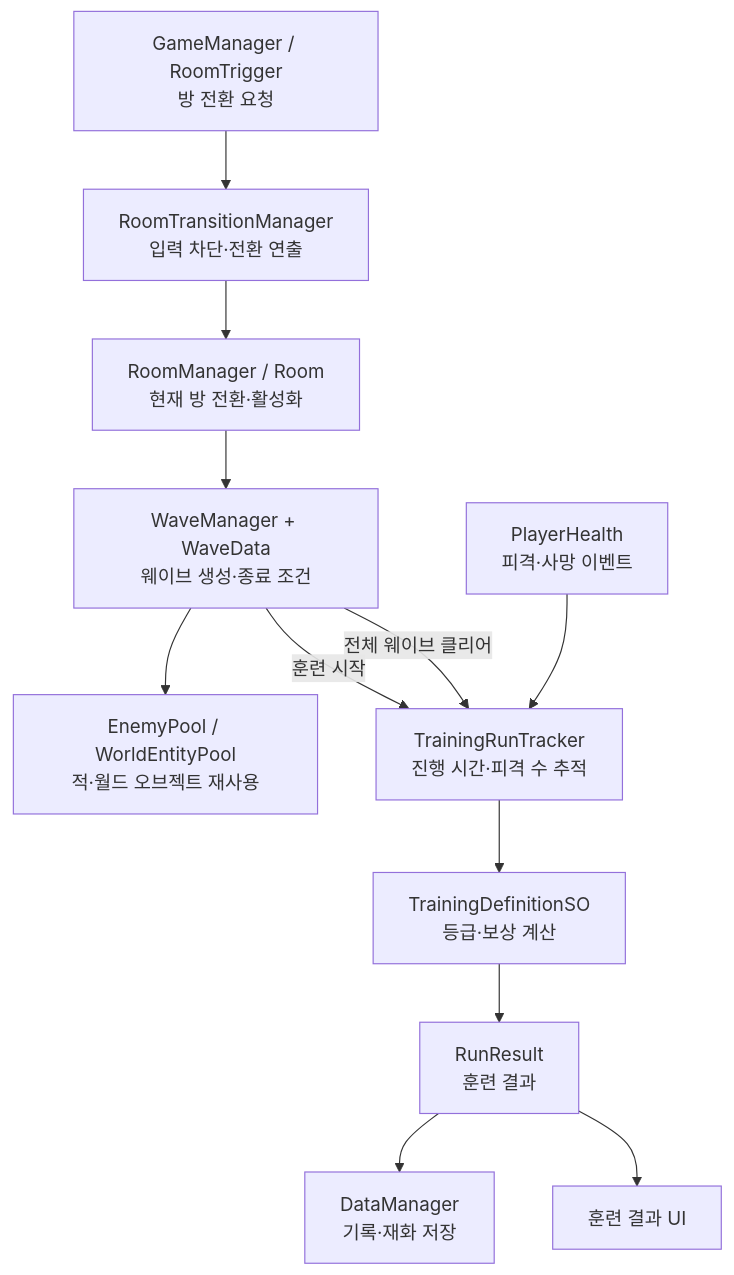
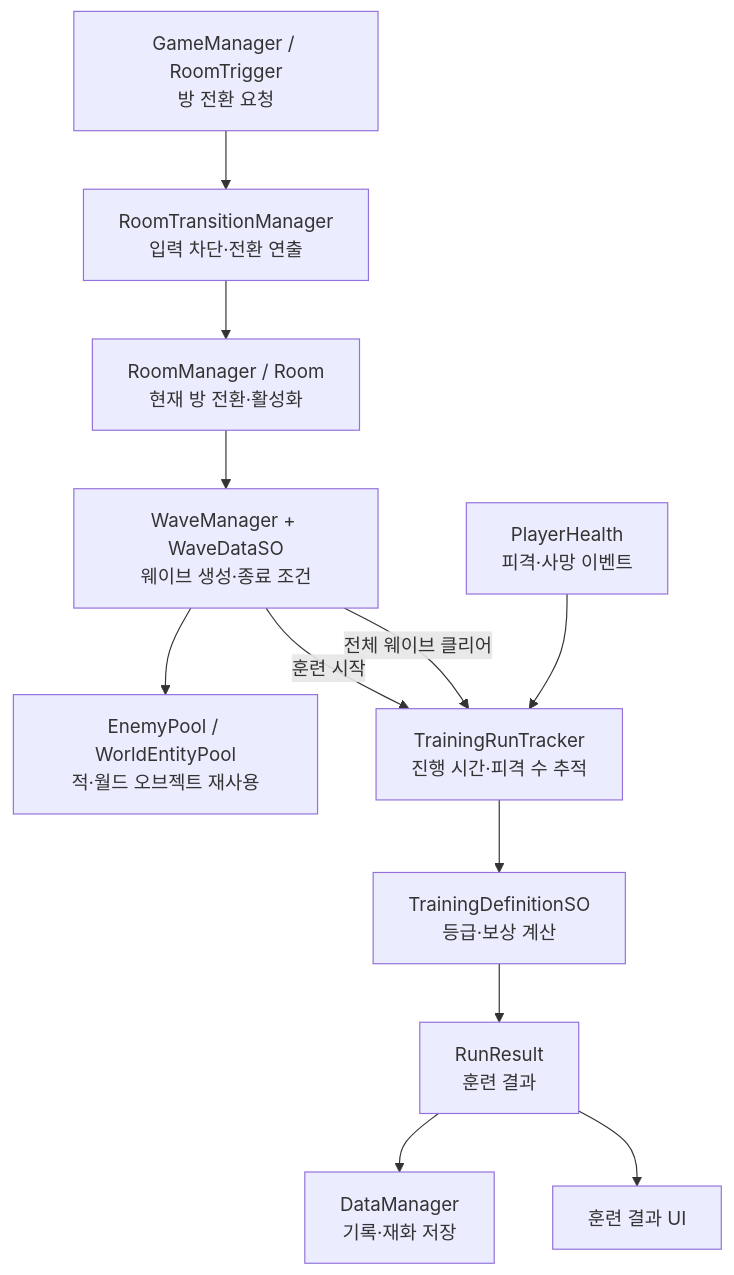
The second of 2 diagrams in README.md (savant98/2d-combat-training-center-scripts), drawn with Mermaid before and after one commit. The commit also changed other lines of this file and 278 other files, not shown here.

````diff
--- a/README.md
+++ b/README.md
@@ -41,14 +41,14 @@
 ```mermaid
 flowchart TD
     Request["GameManager / RoomTrigger<br/>방 전환 요청"] --> Transition["RoomTransitionManager<br/>입력 차단·전환 연출"]
     Transition --> Room["RoomManager / Room<br/>현재 방 전환·활성화"]
-    Room --> Wave["WaveManager + WaveData<br/>웨이브 생성·종료 조건"]
+    Room --> Wave["WaveManager + WaveDataSO<br/>웨이브 생성·종료 조건"]
     Wave --> Pool["EnemyPool / WorldEntityPool<br/>적·월드 오브젝트 재사용"]
     Wave -->|훈련 시작| Tracker["TrainingRunTracker<br/>진행 시간·피격 수 추적"]
     Wave -->|전체 웨이브 클리어| Tracker
     PlayerHealth["PlayerHealth<br/>피격·사망 이벤트"] --> Tracker
     Tracker --> Grade["TrainingDefinitionSO<br/>등급·보상 계산"]
     Grade --> Result["RunResult<br/>훈련 결과"]
     Result --> Save["DataManager<br/>기록·재화 저장"]
     Result --> UI["훈련 결과 UI"]
 ```
````
